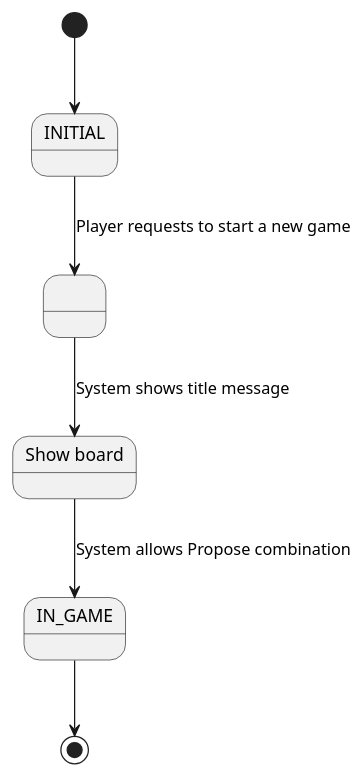
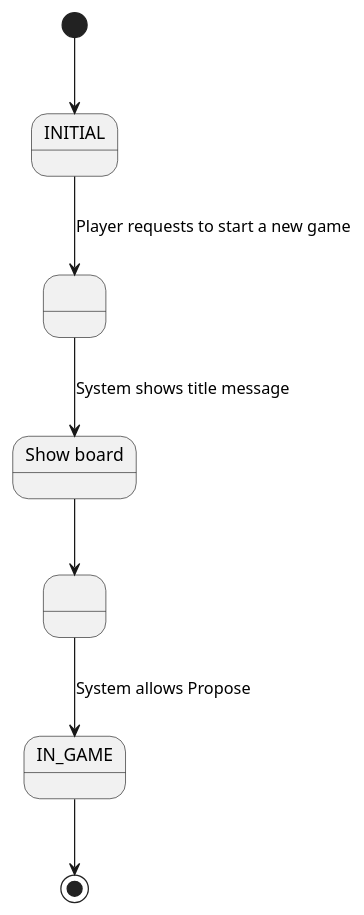
One commit to EscuelaIt/requirements changed the fifth of 8 diagrams in 3.UndoRedo/docs/diagrams/src/mastermind_usecases.plantuml. Above: the diagram before and after it, drawn with PlantUML. The commit also changed other lines of this file and 4 other files, not shown here.

```diff
--- a/3.UndoRedo/docs/diagrams/src/mastermind_usecases.plantuml
+++ b/3.UndoRedo/docs/diagrams/src/mastermind_usecases.plantuml
@@ -104,12 +104,14 @@
 @startuml start_usecase
 state INITIAL
 state IN_GAME
 state start as " "
 state ShowBoard as "Show board"
+state showed as " "
 
 [*] --> INITIAL
 INITIAL --> start: Player requests to start a new game
 start --> ShowBoard: System shows title message
-ShowBoard --> IN_GAME: System allows Propose combination
+ShowBoard --> showed
+showed --> IN_GAME: System allows Propose
 IN_GAME --> [*]
 @enduml
```
